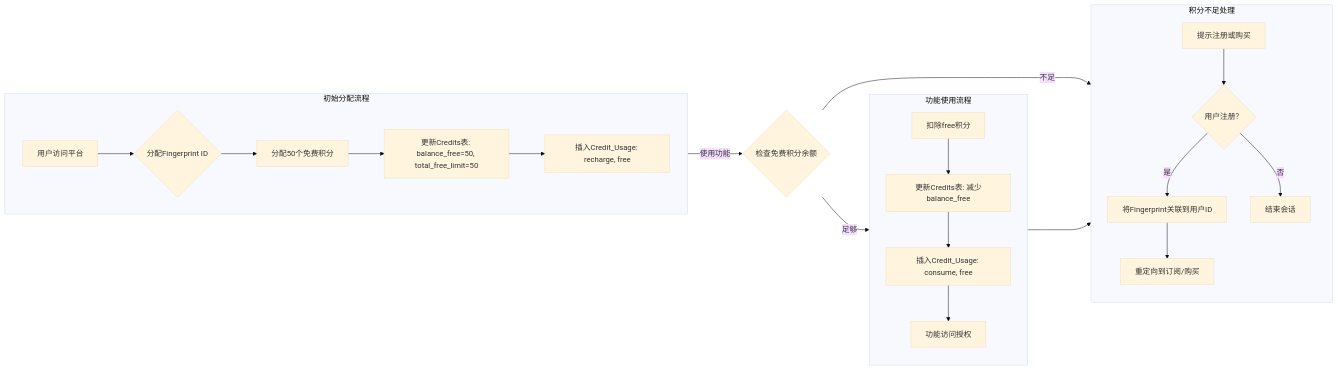
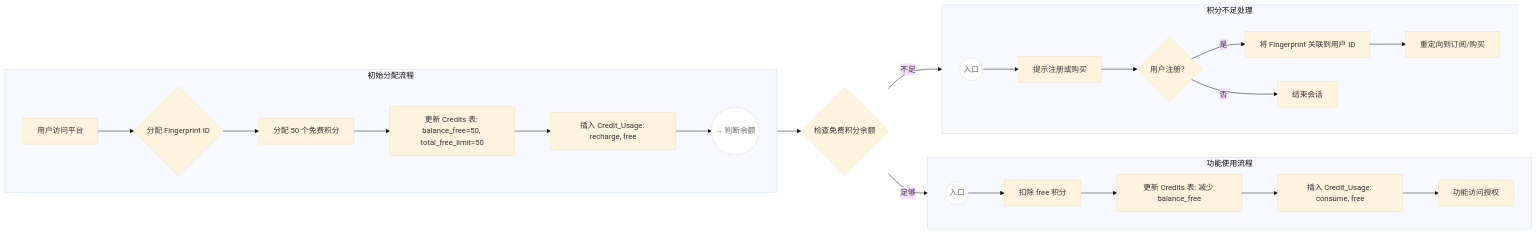
The sixth of 23 diagrams in docs/PaidDesign-v1.0.md (caofanCPU/diaomao), drawn with Mermaid (base theme) before and after one commit. The commit also changed other lines of this file and 1 other file, not shown here.

First line of the commit message:
feat(docs): update development plan and flowcharts

````diff
--- a/docs/PaidDesign-v1.0.md
+++ b/docs/PaidDesign-v1.0.md
@@ -922,34 +967,37 @@
 ```mermaid
-flowchart  LR
-    %% 模块1：初始分配流程（内部横向）
+flowchart LR
+    classDef entry fill:#fff,stroke:#bbb,stroke-dasharray:3 3,color:#666;
+
+    %% 模块1：初始分配流程（子图横向）
     subgraph 初始分配流程
         direction LR
-        A[用户访问平台] --> B{分配Fingerprint ID}
-        B --> C[分配50个免费积分]
-        C --> D[更新Credits表: balance_free=50, total_free_limit=50]
-        D --> E[插入Credit_Usage: recharge, free]
+        A[用户访问平台] --> B{分配 Fingerprint ID}
+        B --> C[分配 50 个免费积分]
+        C --> D[更新 Credits 表: balance_free=50, total_free_limit=50]
+        D --> E[插入 Credit_Usage: recharge, free]
+        E --> OUT_INIT((→ 判断余额)):::entry
     end
-    
-    %% 模块2：功能使用流程（内部横向）
+
+    %% 中央判断
+    G{检查免费积分余额}
+
+    OUT_INIT --> G
+
+    %% 模块2：功能使用流程（子图横向）
     subgraph 功能使用流程
-        direction TB
-        H[扣除free积分] --> I[更新Credits表: 减少balance_free]
-        I --> J[插入Credit_Usage: consume, free]
-        J --> K[功能访问授权]
+        direction LR
+        IN_USE((入口)):::entry --> H[扣除 free 积分] --> I[更新 Credits 表: 减少 balance_free] --> J[插入 Credit_Usage: consume, free] --> K[功能访问授权]
     end
-    
-    %% 模块3：积分不足处理（内部横向）
+
+    %% 模块3：积分不足处理（子图横向）
     subgraph 积分不足处理
-        direction TB
-        L[提示注册或购买] --> M{用户注册？}
-        M -->|是| N[将Fingerprint关联到用户ID]
+        direction LR
+        IN_LOW((入口)):::entry --> L[提示注册或购买] --> M{用户注册？}
+        M -->|是| N[将 Fingerprint 关联到用户 ID] --> P[重定向到订阅/购买]
         M -->|否| O[结束会话]
-        N --> P[重定向到订阅/购买]
     end
-    
-    %% 模块间连接
-    初始分配流程 -->|使用功能| G{检查免费积分余额}
-    G{检查免费积分余额} -->|足够| 功能使用流程
-    G{检查免费积分余额} --->|不足| 积分不足处理
-    功能使用流程 ---> 积分不足处理
+
+    %% 模块间连接（仅通过入口/出口）
+    G -->|足够| IN_USE
+    G -->|不足| IN_LOW
 ```
````
